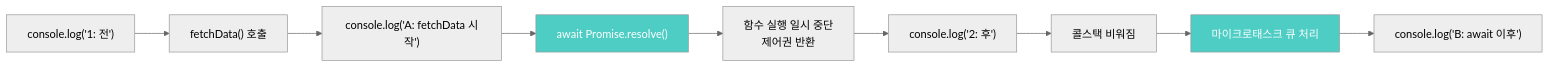
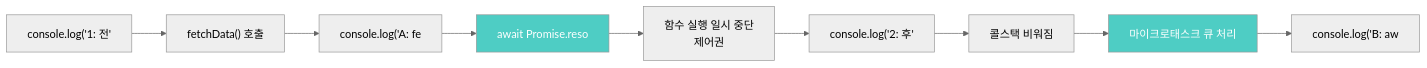
The seventh of 13 diagrams in _posts/frontend/2026-05-02-js-event-loop.md (yjkim2015/yjkim2015.github.io), drawn with Mermaid (neutral theme) before and after one commit. The commit also changed other lines of this file and 271 other files, not shown here.

First line of the commit message:
Mermaid 라벨 축소: 긴 노드 텍스트 18자 이하로 트림 + \n 제거

````diff
--- a/_posts/frontend/2026-05-02-js-event-loop.md
+++ b/_posts/frontend/2026-05-02-js-event-loop.md
@@ -210,13 +210,13 @@
 ```mermaid
 flowchart LR
-    A["console.log('1: 전')"] --> B["fetchData() 호출"]
-    B --> C["console.log('A: fetchData 시작')"]
-    C --> D["await Promise.resolve()"]
-    D --> E["함수 실행 일시 중단<br>제어권 반환"]
-    E --> F["console.log('2: 후')"]
+    A["console.log('1: 전'"] --> B["fetchData() 호출"]
+    B --> C["console.log('A: fe"]
+    C --> D["await Promise.reso"]
+    D --> E["함수 실행 일시 중단<br>제어권"]
+    E --> F["console.log('2: 후'"]
     F --> G["콜스택 비워짐"]
     G --> H["마이크로태스크 큐 처리"]
-    H --> I["console.log('B: await 이후')"]
+    H --> I["console.log('B: aw"]
     style D fill:#4ecdc4,color:#fff
     style H fill:#4ecdc4,color:#fff
 ```
````
